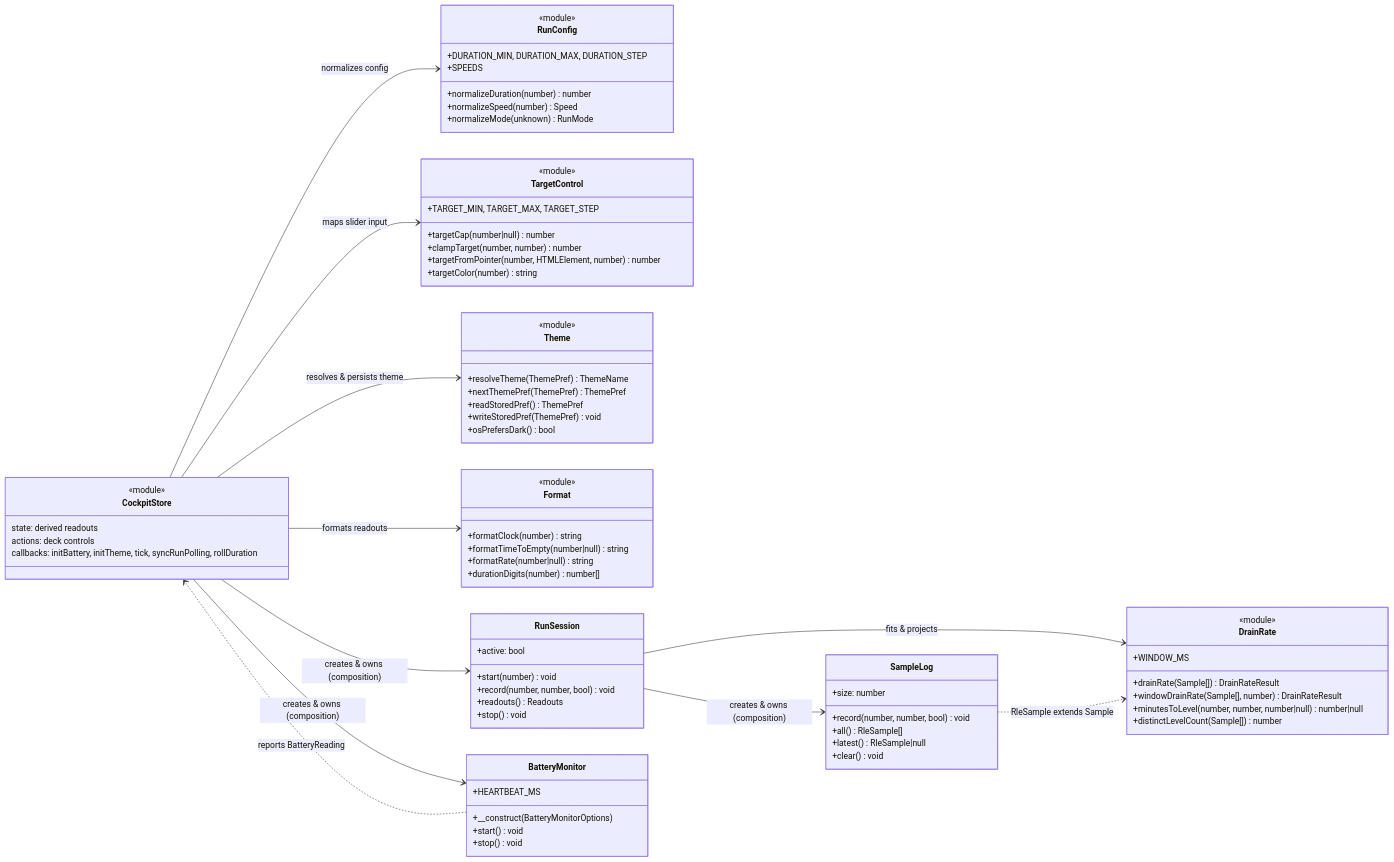
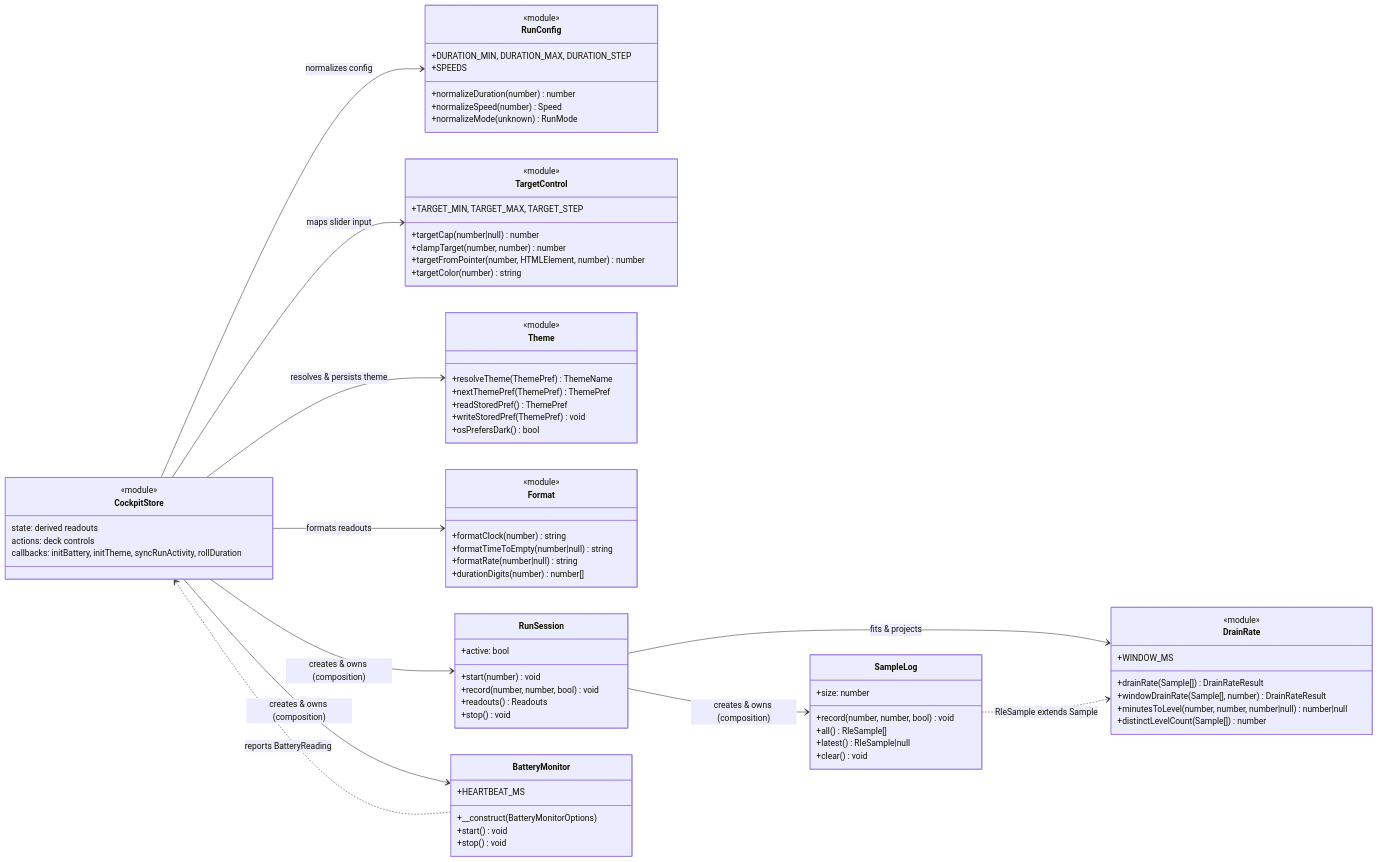
The diagram in docs/contracts/cockpit-frontend-modules.mmd (erdembircan/battery-surf-bench), drawn with Mermaid before and after one commit. The commit also changed 4 other files, not shown here.

```diff
--- a/docs/contracts/cockpit-frontend-modules.mmd
+++ b/docs/contracts/cockpit-frontend-modules.mmd
@@ -1,91 +1,91 @@
 %% Cockpit front-end modules — contract chart.
 %% The client side of the `bsb/cockpit` block: the Interactivity store and the
 %% focused domains it delegates to. Function-only modules are marked
 %% <<module>>; the rest are classes. Only the public (exported) surface is shown.
 classDiagram
     direction LR
 
     class CockpitStore {
         <<module>>
         state: derived readouts
         actions: deck controls
-        callbacks: initBattery, initTheme, tick, syncRunPolling, rollDuration
+        callbacks: initBattery, initTheme, syncRunActivity, rollDuration
     }
 
     class RunConfig {
         <<module>>
         +normalizeDuration(number) number
         +normalizeSpeed(number) Speed
         +normalizeMode(unknown) RunMode
         +DURATION_MIN, DURATION_MAX, DURATION_STEP
         +SPEEDS
     }
 
     class TargetControl {
         <<module>>
         +targetCap(number|null) number
         +clampTarget(number, number) number
         +targetFromPointer(number, HTMLElement, number) number
         +targetColor(number) string
         +TARGET_MIN, TARGET_MAX, TARGET_STEP
     }
 
     class Theme {
         <<module>>
         +resolveTheme(ThemePref) ThemeName
         +nextThemePref(ThemePref) ThemePref
         +readStoredPref() ThemePref
         +writeStoredPref(ThemePref) void
         +osPrefersDark() bool
     }
 
     class Format {
         <<module>>
         +formatClock(number) string
         +formatTimeToEmpty(number|null) string
         +formatRate(number|null) string
         +durationDigits(number) number[]
     }
 
     class DrainRate {
         <<module>>
         +drainRate(Sample[]) DrainRateResult
         +windowDrainRate(Sample[], number) DrainRateResult
         +minutesToLevel(number, number, number|null) number|null
         +distinctLevelCount(Sample[]) number
         +WINDOW_MS
     }
 
     class SampleLog {
         +record(number, number, bool) void
         +all() RleSample[]
         +latest() RleSample|null
         +size: number
         +clear() void
     }
 
     class RunSession {
         +start(number) void
         +active: bool
         +record(number, number, bool) void
         +readouts() Readouts
         +stop() void
     }
 
     class BatteryMonitor {
         +__construct(BatteryMonitorOptions)
         +start() void
         +stop() void
         +HEARTBEAT_MS
     }
 
     CockpitStore --> RunConfig : normalizes config
     CockpitStore --> TargetControl : maps slider input
     CockpitStore --> Theme : resolves & persists theme
     CockpitStore --> Format : formats readouts
     CockpitStore --> BatteryMonitor : creates & owns (composition)
     CockpitStore --> RunSession : creates & owns (composition)
     BatteryMonitor ..> CockpitStore : reports BatteryReading
     RunSession --> SampleLog : creates & owns (composition)
     RunSession --> DrainRate : fits & projects
     SampleLog ..> DrainRate : RleSample extends Sample
```
